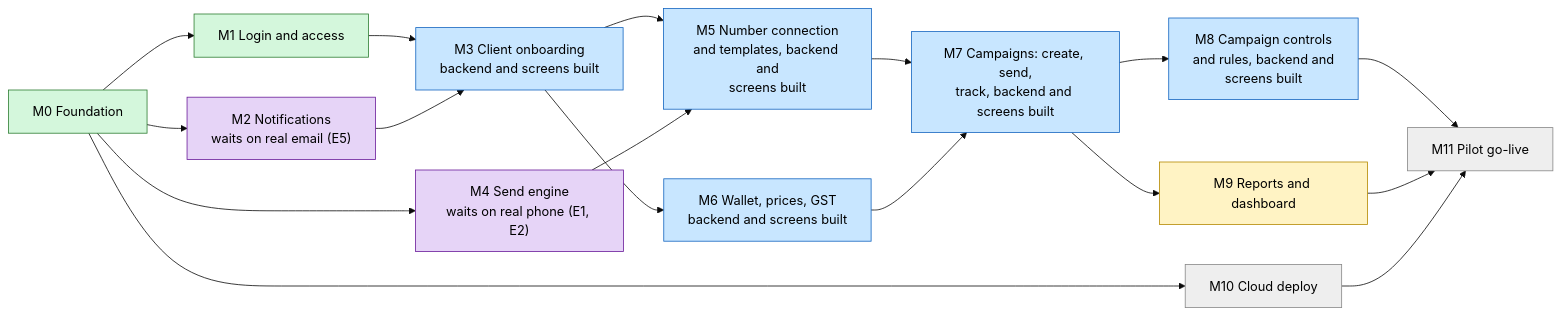
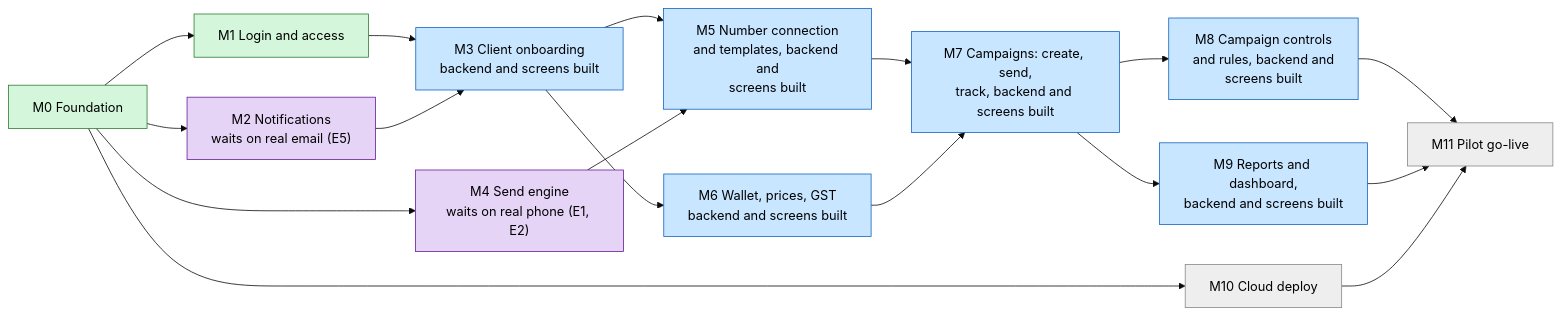
The diagram in docs/project-tracker.md (reaplift/reaplift-bsp), drawn with Mermaid (base theme) before and after one commit. The commit also changed other lines of this file and 13 other files, not shown here.

First line of the commit message:
feat(m9): Dashboard, Reports and Meta cost screens

````diff
--- a/docs/project-tracker.md
+++ b/docs/project-tracker.md
@@ -19,38 +19,38 @@
 ```mermaid
 flowchart LR
   M0["M0 Foundation"]:::done
   M1["M1 Login and access"]:::done
   M2["M2 Notifications<br/>waits on real email (E5)"]:::waiting
   M3["M3 Client onboarding<br/>backend and screens built"]:::review
   M4["M4 Send engine<br/>waits on real phone (E1, E2)"]:::waiting
   M5["M5 Number connection<br/>and templates, backend and<br/>screens built"]:::review
   M6["M6 Wallet, prices, GST<br/>backend and screens built"]:::review
   M7["M7 Campaigns: create, send,<br/>track, backend and screens built"]:::review
   M8["M8 Campaign controls<br/>and rules, backend and<br/>screens built"]:::review
-  M9["M9 Reports and dashboard"]:::backend
+  M9["M9 Reports and dashboard,<br/>backend and screens built"]:::review
   M10["M10 Cloud deploy"]:::todo
   M11["M11 Pilot go-live"]:::todo
 
   M0 --> M1
   M0 --> M2
   M0 --> M4
   M0 --> M10
   M1 --> M3
   M2 --> M3
   M3 --> M5
   M4 --> M5
   M3 --> M6
   M5 --> M7
   M6 --> M7
   M7 --> M8
   M7 --> M9
   M8 --> M11
   M9 --> M11
   M10 --> M11
 
   classDef done fill:#d4f7dc,stroke:#2e7d32,color:#000
   classDef review fill:#c8e6ff,stroke:#1565c0,color:#000
   classDef waiting fill:#e6d4f7,stroke:#6a1b9a,color:#000
   classDef backend fill:#fff3c4,stroke:#b58900,color:#000
   classDef todo fill:#eeeeee,stroke:#888,color:#000
 ```
````
